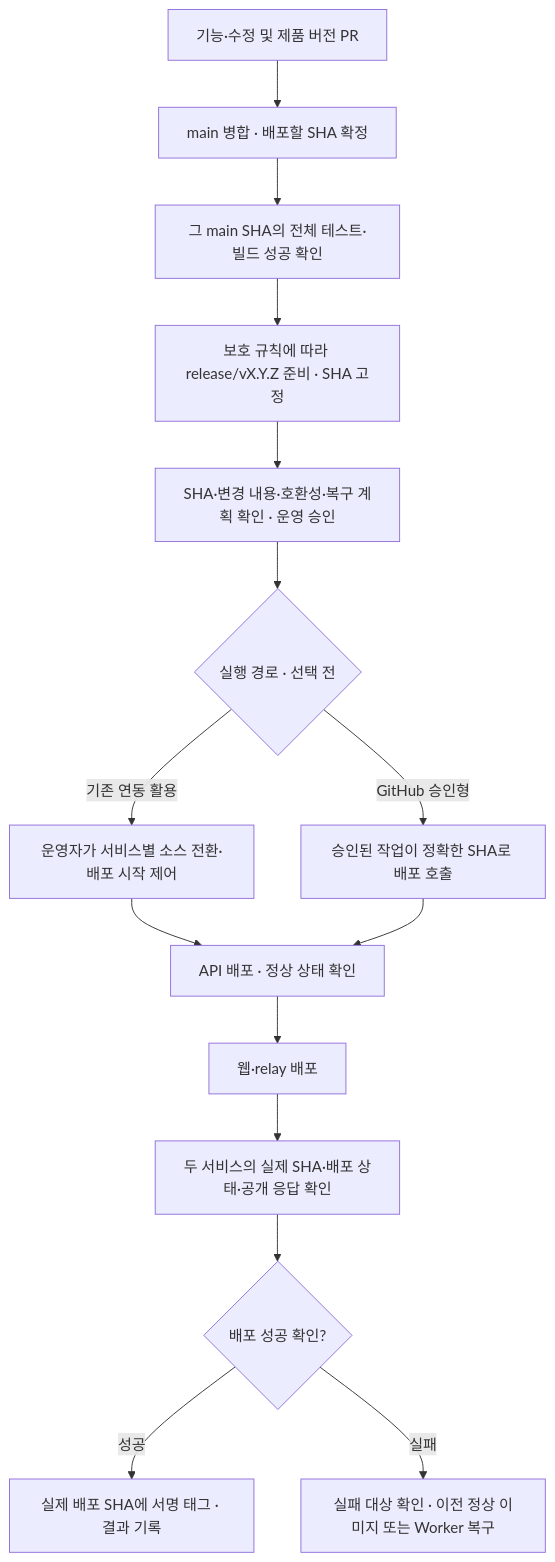
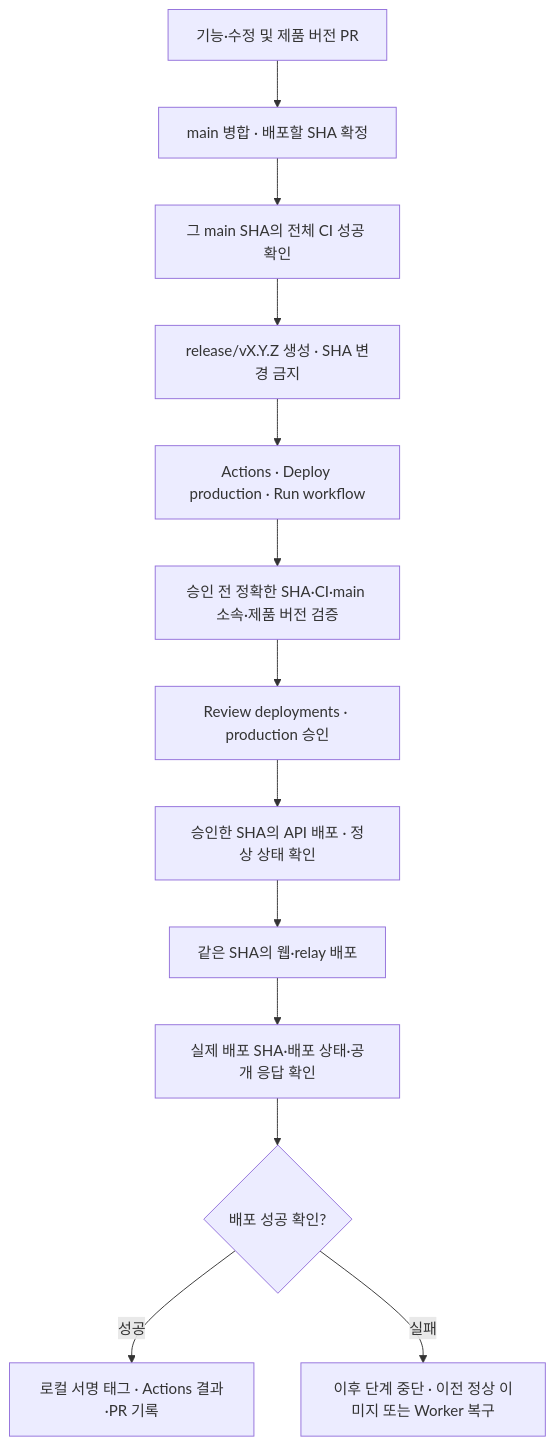
The diagram in docs/release-workflow.md (mabyko/EnvHandoff), drawn with Mermaid before and after one commit. The commit also changed other lines of this file and 2 other files, not shown here.

````diff
--- a/docs/release-workflow.md
+++ b/docs/release-workflow.md
@@ -47,17 +34,15 @@
 ```mermaid
 flowchart TD
     Work["기능·수정 및 제품 버전 PR"] --> Main["main 병합 · 배포할 SHA 확정"]
-    Main --> Check["그 main SHA의 전체 테스트·빌드 성공 확인"]
-    Check --> Version["보호 규칙에 따라 release/vX.Y.Z 준비 · SHA 고정"]
-    Version --> Approval["SHA·변경 내용·호환성·복구 계획 확인 · 운영 승인"]
-    Approval --> Route{"실행 경로 · 선택 전"}
-    Route -->|"기존 연동 활용"| Source["운영자가 서비스별 소스 전환·배포 시작 제어"]
-    Route -->|"GitHub 승인형"| Job["승인된 작업이 정확한 SHA로 배포 호출"]
-    Source --> API["API 배포 · 정상 상태 확인"]
-    Job --> API
-    API --> Web["웹·relay 배포"]
-    Web --> Observe["두 서비스의 실제 SHA·배포 상태·공개 응답 확인"]
+    Main --> Check["그 main SHA의 전체 CI 성공 확인"]
+    Check --> Version["release/vX.Y.Z 생성 · SHA 변경 금지"]
+    Version --> Run["Actions · Deploy production · Run workflow"]
+    Run --> Verify["승인 전 정확한 SHA·CI·main 소속·제품 버전 검증"]
+    Verify --> Approval["Review deployments · production 승인"]
+    Approval --> API["승인한 SHA의 API 배포 · 정상 상태 확인"]
+    API --> Web["같은 SHA의 웹·relay 배포"]
+    Web --> Observe["실제 배포 SHA·배포 상태·공개 응답 확인"]
     Observe --> Result{"배포 성공 확인?"}
-    Result -->|"성공"| Record["실제 배포 SHA에 서명 태그 · 결과 기록"]
-    Result -->|"실패"| Recover["실패 대상 확인 · 이전 정상 이미지 또는 Worker 복구"]
+    Result -->|"성공"| Record["로컬 서명 태그 · Actions 결과·PR 기록"]
+    Result -->|"실패"| Recover["이후 단계 중단 · 이전 정상 이미지 또는 Worker 복구"]
 ```
````
